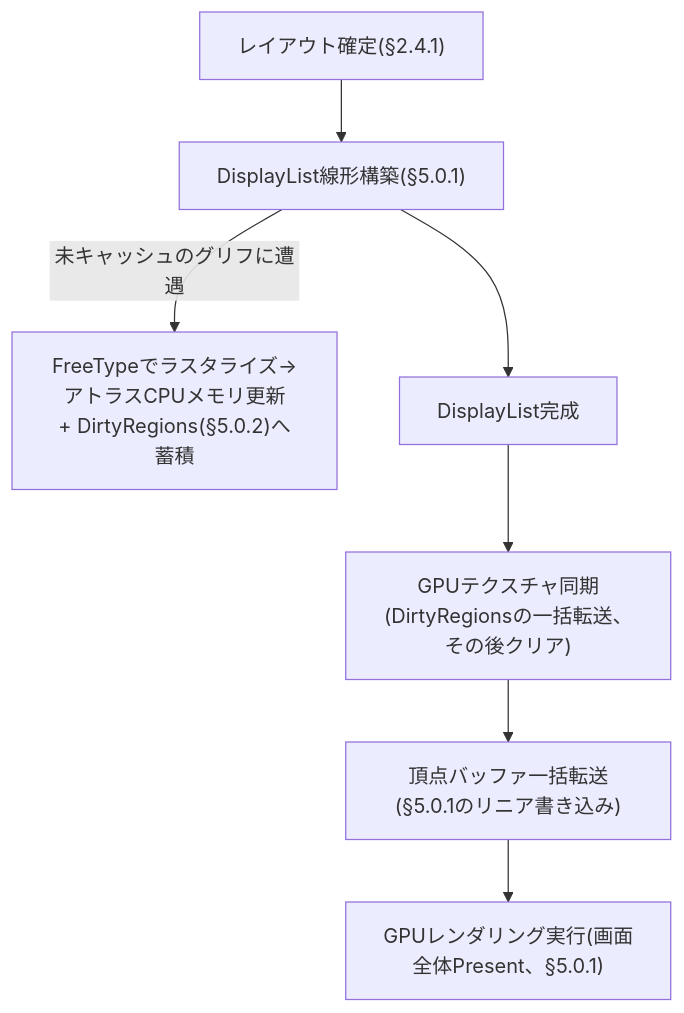
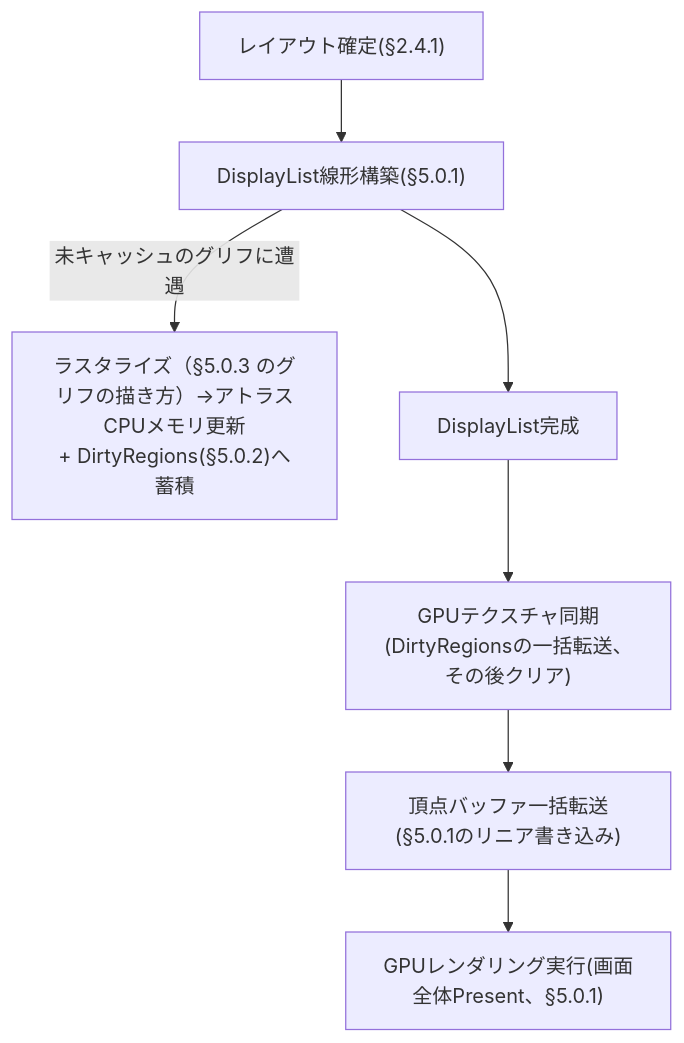
Before and after one commit to YUKIKEDA/XylemUI: the sixth of 7 diagrams in docs/design.ja.md, drawn with Mermaid. The commit also changed other lines of this file and 2 other files, not shown here.

````diff
--- a/docs/design.ja.md
+++ b/docs/design.ja.md
@@ -2313,9 +2313,9 @@
 ```mermaid
 flowchart TD
     Layout["レイアウト確定(§2.4.1)"] --> BuildDL["DisplayList線形構築(§5.0.1)"]
-    BuildDL -->|未キャッシュのグリフに遭遇| CacheAtlas["FreeTypeでラスタライズ→アトラスCPUメモリ更新<br/>+ DirtyRegions(§5.0.2)へ蓄積"]
+    BuildDL -->|未キャッシュのグリフに遭遇| CacheAtlas["ラスタライズ（§5.0.3 のグリフの描き方）→アトラスCPUメモリ更新<br/>+ DirtyRegions(§5.0.2)へ蓄積"]
     BuildDL --> DLComplete["DisplayList完成"]
     DLComplete --> UploadAtlas["GPUテクスチャ同期<br/>(DirtyRegionsの一括転送、その後クリア)"]
     UploadAtlas --> UploadVB["頂点バッファ一括転送(§5.0.1のリニア書き込み)"]
     UploadVB --> RenderPass["GPUレンダリング実行(画面全体Present、§5.0.1)"]
 ```
````
